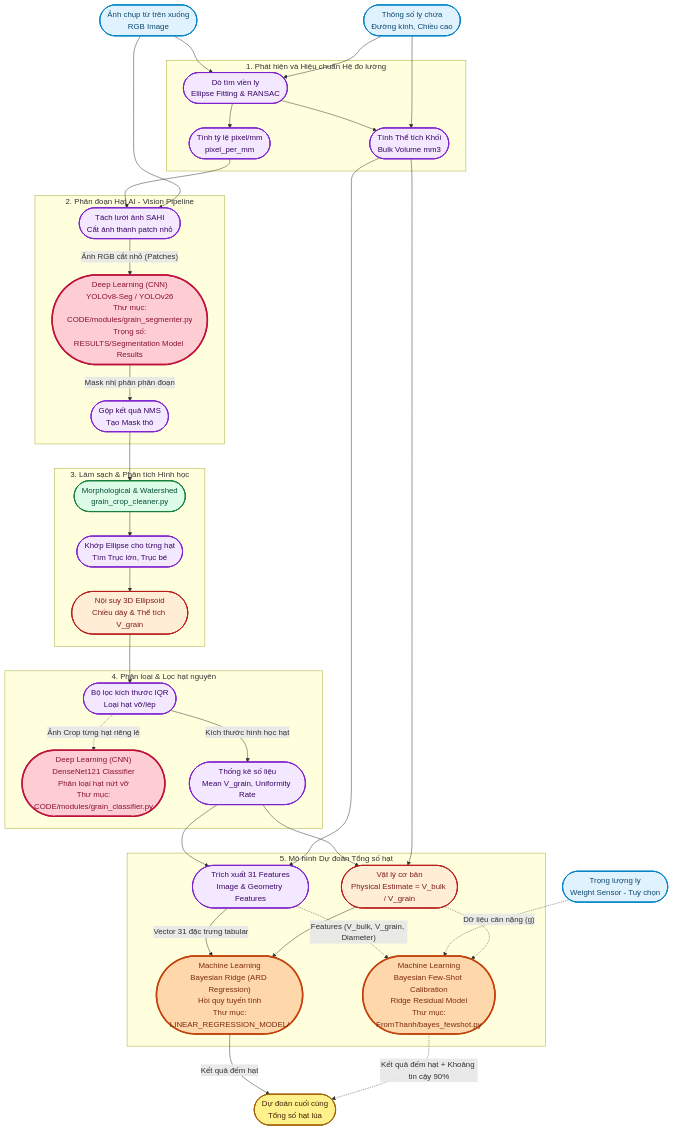
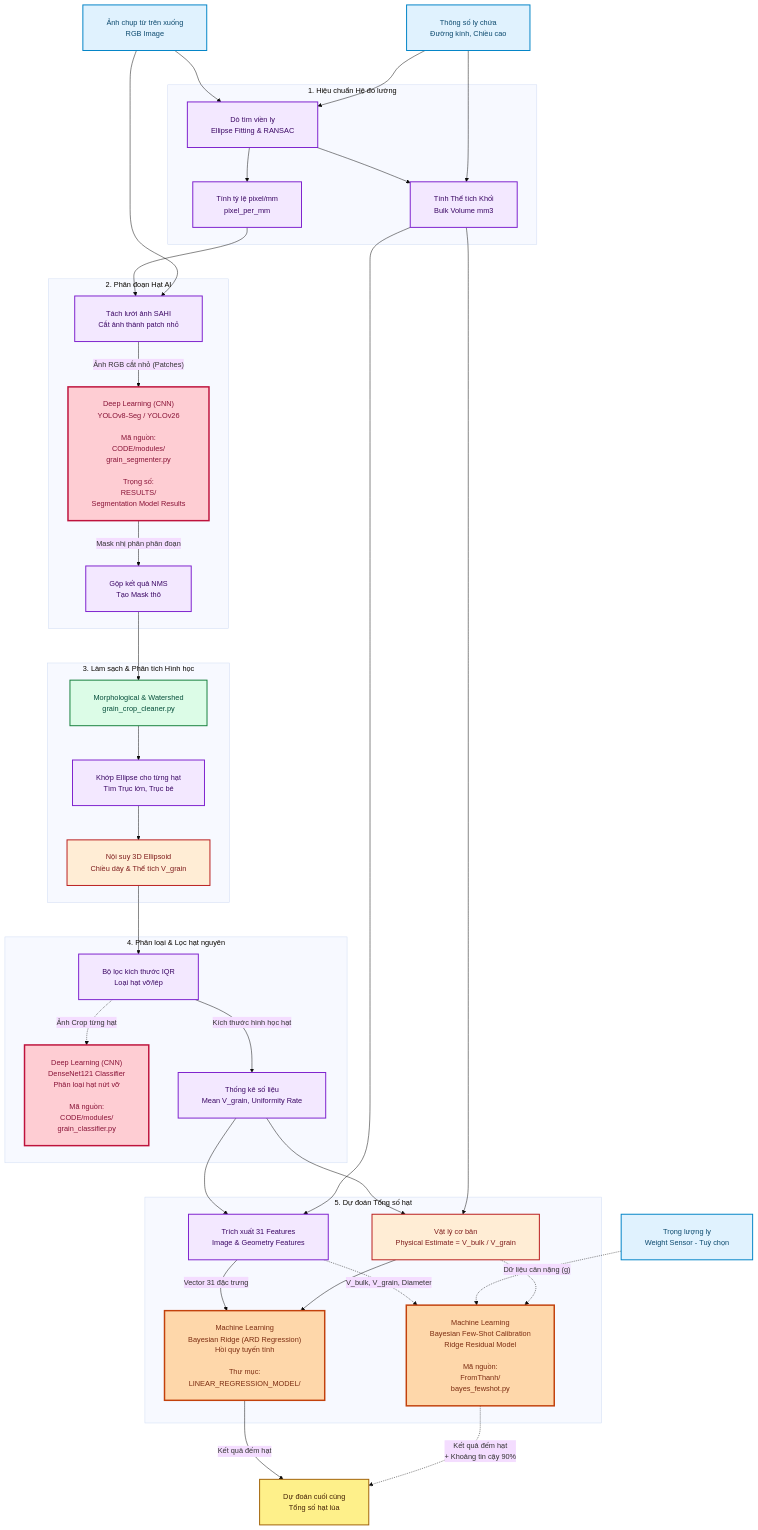
Before and after one commit to NguyenMinhTri24072005/Research-RICAI: the diagram in PROJECT_ARCHITECTURE/ricai_pipeline_flowchart.md, drawn with Mermaid.

Commit message:
chỉnh lần thứ 4

````diff
--- a/PROJECT_ARCHITECTURE/ricai_pipeline_flowchart.md
+++ b/PROJECT_ARCHITECTURE/ricai_pipeline_flowchart.md
@@ -5,4 +5,5 @@
 ```mermaid
+%%{init: {"theme": "base", "themeVariables": {"fontFamily": "Arial, Helvetica, sans-serif", "fontSize": "15px"}, "flowchart": {"htmlLabels": true, "padding": 24, "nodeSpacing": 60, "rankSpacing": 70, "wrappingWidth": 260}}}%%
 flowchart TD
     %% Định nghĩa các Style
     classDef input fill:#e0f2fe,stroke:#0284c7,stroke-width:2px,color:#0c4a6e
@@ -14,27 +15,27 @@
     classDef output fill:#fef08a,stroke:#a16207,stroke-width:2px,color:#422006
 
     %% 1. Input
-    I1(["Ảnh chụp từ trên xuống<br/>RGB Image"]):::input
-    I2(["Thông số ly chứa<br/>Đường kính, Chiều cao"]):::input
-    I3(["Trọng lượng ly<br/>Weight Sensor - Tuỳ chọn"]):::input
+    I1["Ảnh chụp từ trên xuống<br/>RGB Image"]:::input
+    I2["Thông số ly chứa<br/>Đường kính, Chiều cao"]:::input
+    I3["Trọng lượng ly<br/>Weight Sensor - Tuỳ chọn"]:::input
 
     %% 2. Tiền xử lý & Trích xuất ly
-    subgraph S1["1. Phát hiện và Hiệu chuẩn Hệ đo lường"]
-        C1(["Dò tìm viền ly<br/>Ellipse Fitting & RANSAC"]):::process
-        C2(["Tính tỷ lệ pixel/mm<br/>pixel_per_mm"]):::process
-        C3(["Tính Thể tích Khối<br/>Bulk Volume mm3"]):::process
+    subgraph S1["1. Hiệu chuẩn Hệ đo lường"]
+        C1["Dò tìm viền ly<br/>Ellipse Fitting & RANSAC"]:::process
+        C2["Tính tỷ lệ pixel/mm<br/>pixel_per_mm"]:::process
+        C3["Tính Thể tích Khối<br/>Bulk Volume mm3"]:::process
 
         C1 --> C2
         C1 --> C3
     end
 
     %% 3. Phân đoạn hạt AI
-    subgraph S2["2. Phân đoạn Hạt AI - Vision Pipeline"]
-        A1(["Tách lưới ảnh SAHI<br/>Cắt ảnh thành patch nhỏ"]):::process
+    subgraph S2["2. Phân đoạn Hạt AI"]
+        A1["Tách lưới ảnh SAHI<br/>Cắt ảnh thành patch nhỏ"]:::process
 
-        A2(["Deep Learning (CNN)<br/>YOLOv8-Seg / YOLOv26<br/>Thư mục:<br/>CODE/modules/grain_segmenter.py<br/>Trọng số:<br/>RESULTS/Segmentation Model Results"]):::ai_model_dl
+        A2["Deep Learning (CNN)<br/>YOLOv8-Seg / YOLOv26<br/><br/>Mã nguồn:<br/>CODE/modules/<br/>grain_segmenter.py<br/><br/>Trọng số:<br/>RESULTS/<br/>Segmentation Model Results"]:::ai_model_dl
 
-        A3(["Gộp kết quả NMS<br/>Tạo Mask thô"]):::process
+        A3["Gộp kết quả NMS<br/>Tạo Mask thô"]:::process
 
         A1 -->|"Ảnh RGB cắt nhỏ (Patches)"| A2
         A2 -->|"Mask nhị phân phân đoạn"| A3
@@ -42,36 +43,36 @@
 
     %% 4. Hậu xử lý & Đo lường
     subgraph S3["3. Làm sạch & Phân tích Hình học"]
-        P1(["Morphological & Watershed<br/>grain_crop_cleaner.py"]):::postprocess
-        P2(["Khớp Ellipse cho từng hạt<br/>Tìm Trục lớn, Trục bé"]):::process
-        P3(["Nội suy 3D Ellipsoid<br/>Chiều dày & Thể tích V_grain"]):::math
+        P1["Morphological & Watershed<br/>grain_crop_cleaner.py"]:::postprocess
+        P2["Khớp Ellipse cho từng hạt<br/>Tìm Trục lớn, Trục bé"]:::process
+        P3["Nội suy 3D Ellipsoid<br/>Chiều dày & Thể tích V_grain"]:::math
 
         P1 --> P2 --> P3
     end
 
     %% 5. Lọc hạt
     subgraph S4["4. Phân loại & Lọc hạt nguyên"]
-        F1(["Bộ lọc kích thước IQR<br/>Loại hạt vỡ/lép"]):::process
+        F1["Bộ lọc kích thước IQR<br/>Loại hạt vỡ/lép"]:::process
 
-        F2(["Deep Learning (CNN)<br/>DenseNet121 Classifier<br/>Phân loại hạt nứt vỡ<br/>Thư mục:<br/>CODE/modules/grain_classifier.py"]):::ai_model_dl
+        F2["Deep Learning (CNN)<br/>DenseNet121 Classifier<br/>Phân loại hạt nứt vỡ<br/><br/>Mã nguồn:<br/>CODE/modules/<br/>grain_classifier.py"]:::ai_model_dl
 
-        F3(["Thống kê số liệu<br/>Mean V_grain, Uniformity Rate"]):::process
+        F3["Thống kê số liệu<br/>Mean V_grain, Uniformity Rate"]:::process
 
-        F1 -.->|"Ảnh Crop từng hạt riêng lẻ"| F2
+        F1 -.->|"Ảnh Crop từng hạt"| F2
         F1 -->|"Kích thước hình học hạt"| F3
     end
 
     %% 6. Dự đoán cuối cùng
-    subgraph S5["5. Mô hình Dự đoán Tổng số hạt"]
-        M1(["Vật lý cơ bản<br/>Physical Estimate = V_bulk / V_grain"]):::math
-        M2(["Trích xuất 31 Features<br/>Image & Geometry Features"]):::process
+    subgraph S5["5. Dự đoán Tổng số hạt"]
+        M1["Vật lý cơ bản<br/>Physical Estimate = V_bulk / V_grain"]:::math
+        M2["Trích xuất 31 Features<br/>Image & Geometry Features"]:::process
 
-        M3(["Machine Learning<br/>Bayesian Ridge (ARD Regression)<br/>Hồi quy tuyến tính<br/>Thư mục:<br/>LINEAR_REGRESSION_MODEL/"]):::ai_model_ml
+        M3["Machine Learning<br/>Bayesian Ridge (ARD Regression)<br/>Hồi quy tuyến tính<br/><br/>Thư mục:<br/>LINEAR_REGRESSION_MODEL/"]:::ai_model_ml
 
-        M4(["Machine Learning<br/>Bayesian Few-Shot Calibration<br/>Ridge Residual Model<br/>Thư mục:<br/>FromThanh/bayes_fewshot.py"]):::ai_model_ml
+        M4["Machine Learning<br/>Bayesian Few-Shot Calibration<br/>Ridge Residual Model<br/><br/>Mã nguồn:<br/>FromThanh/<br/>bayes_fewshot.py"]:::ai_model_ml
 
-        M2 -->|"Vector 31 đặc trưng tabular"| M3
-        M2 -.->|"Features (V_bulk, V_grain, Diameter)"| M4
+        M2 -->|"Vector 31 đặc trưng"| M3
+        M2 -.->|"V_bulk, V_grain, Diameter"| M4
     end
 
     %% Flow Connections
@@ -96,8 +97,8 @@
     M1 -.-> M4
 
     %% Output
-    O1(["Dự đoán cuối cùng<br/>Tổng số hạt lúa"]):::output
+    O1["Dự đoán cuối cùng<br/>Tổng số hạt lúa"]:::output
 
     M3 -->|"Kết quả đếm hạt"| O1
-    M4 -.->|"Kết quả đếm hạt + Khoảng tin cậy 90%"| O1
+    M4 -.->|"Kết quả đếm hạt<br/>+ Khoảng tin cậy 90%"| O1
 ```
````
